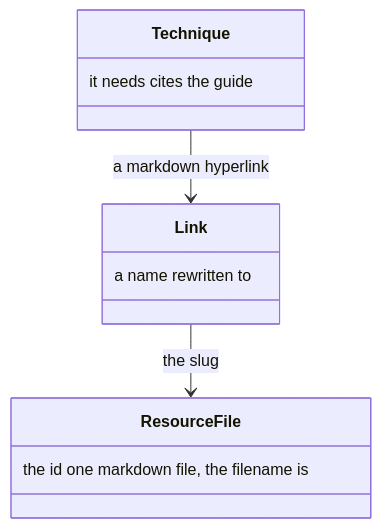
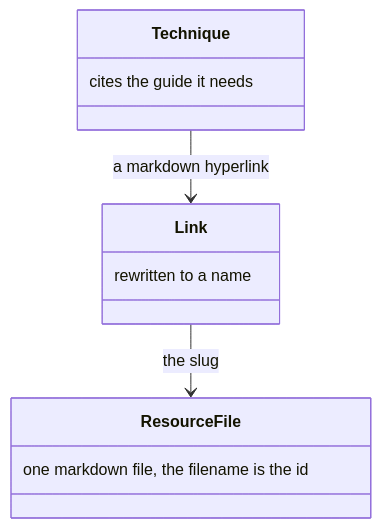
One commit to m2ux/workflow-server changed the second of 8 diagrams in docs/resource.md. Above: the diagram before and after it, drawn with Mermaid. The commit also changed other lines of this file and 10 other files, not shown here.

Commit message:
Write each class-box note in reading order so the diagram shows the phrase as written.

````diff
--- a/docs/resource.md
+++ b/docs/resource.md
@@ -22,14 +22,14 @@
 ```mermaid
 classDiagram
   class Technique {
-    it needs cites the guide
+    cites the guide it needs
   }
   class Link {
-    a name rewritten to
+    rewritten to a name
   }
   class ResourceFile {
-    the id one markdown file, the filename is
+    one markdown file, the filename is the id
   }
   Technique --> Link : a markdown hyperlink
   Link --> ResourceFile : the slug
 ```
````
